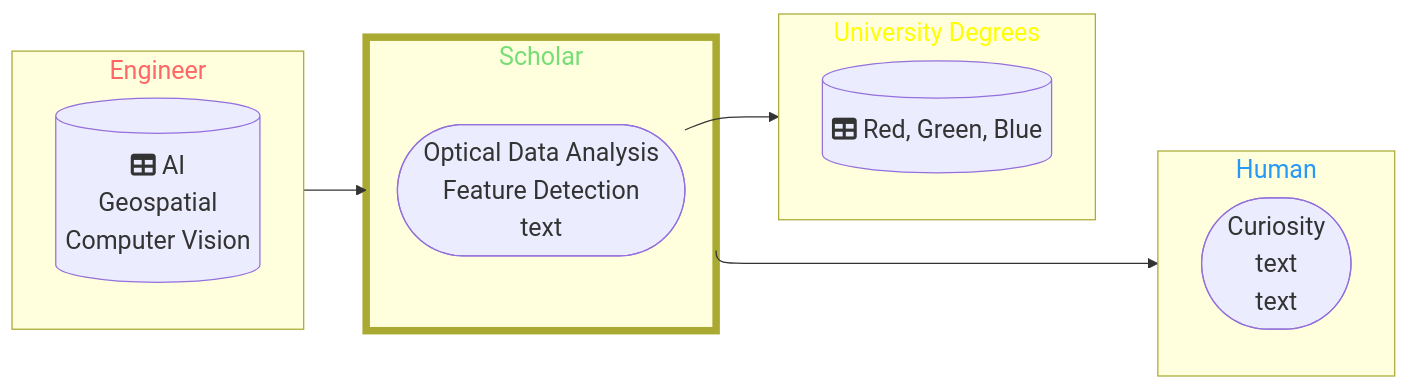
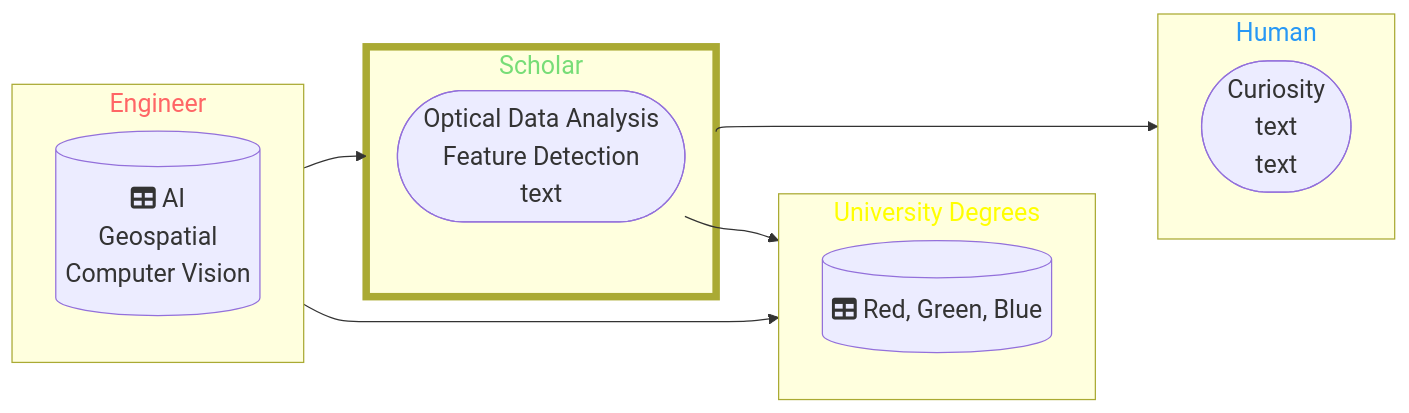
The diagram in README.md (DippoldEJ/DippoldEJ), drawn with Mermaid before and after one commit.

````diff
--- a/README.md
+++ b/README.md
@@ -3,36 +3,36 @@
 ```mermaid
 flowchart LR;
 %%{init: {
 	'themeVariables': { 'fontSize': '20px', 'fontFamily': 'Didot'}
 	}
 }%%
 
 subgraph n[Engineer]
         b[(fa:fa-table AI <br> Geospatial <br> Computer Vision)]
     end
 
 subgraph o[Scholar]
         j([Optical Data Analysis <br> Feature Detection <br> text])
 
     end
 
  subgraph p[Human]
     a([Curiosity <br /> text  <br />  text])
     end
 
  subgraph h[University Degrees]
 direction TD;
         r[(fa:fa-table Red, Green, Blue)]
     end
 
 style n color:#f66
 style o stroke-width:6px
 style o color:#77DD77
 style p color:#2798F5
 style h color:#FFFF00
 
 n-->o
 o-->p
 j-->r
-
+n-->r
 ```
````
